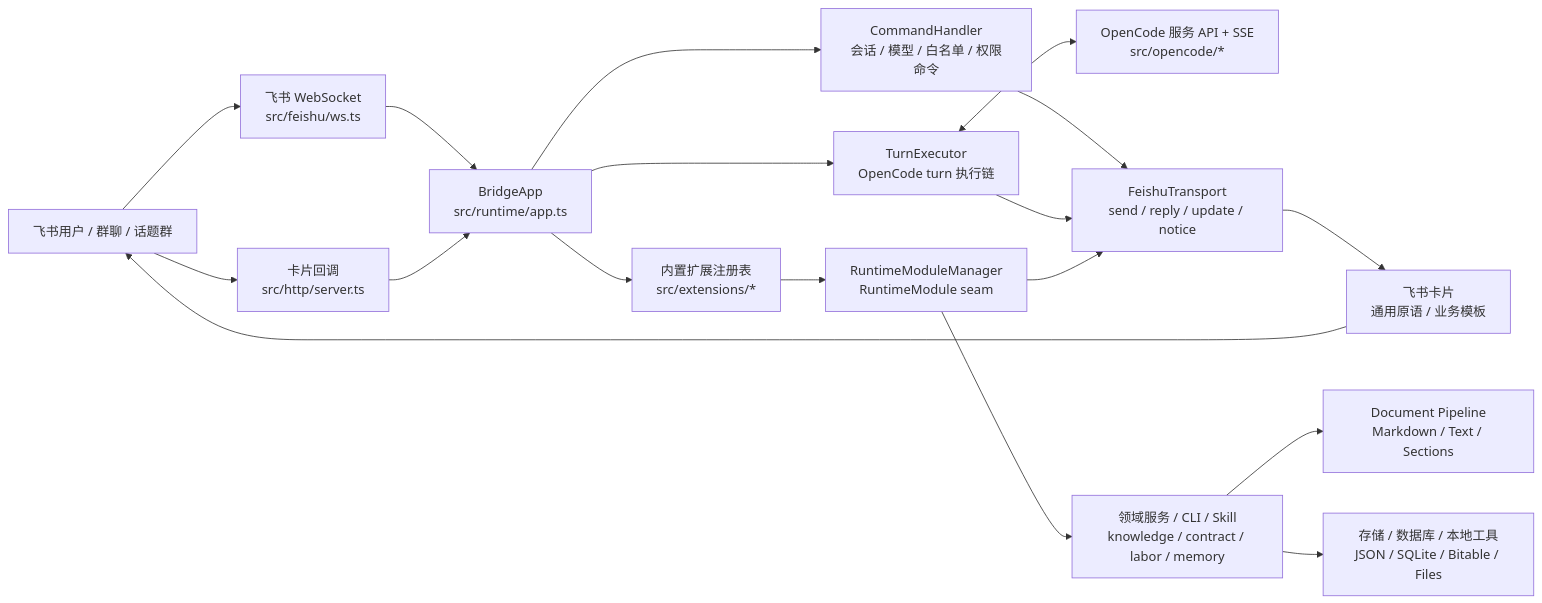
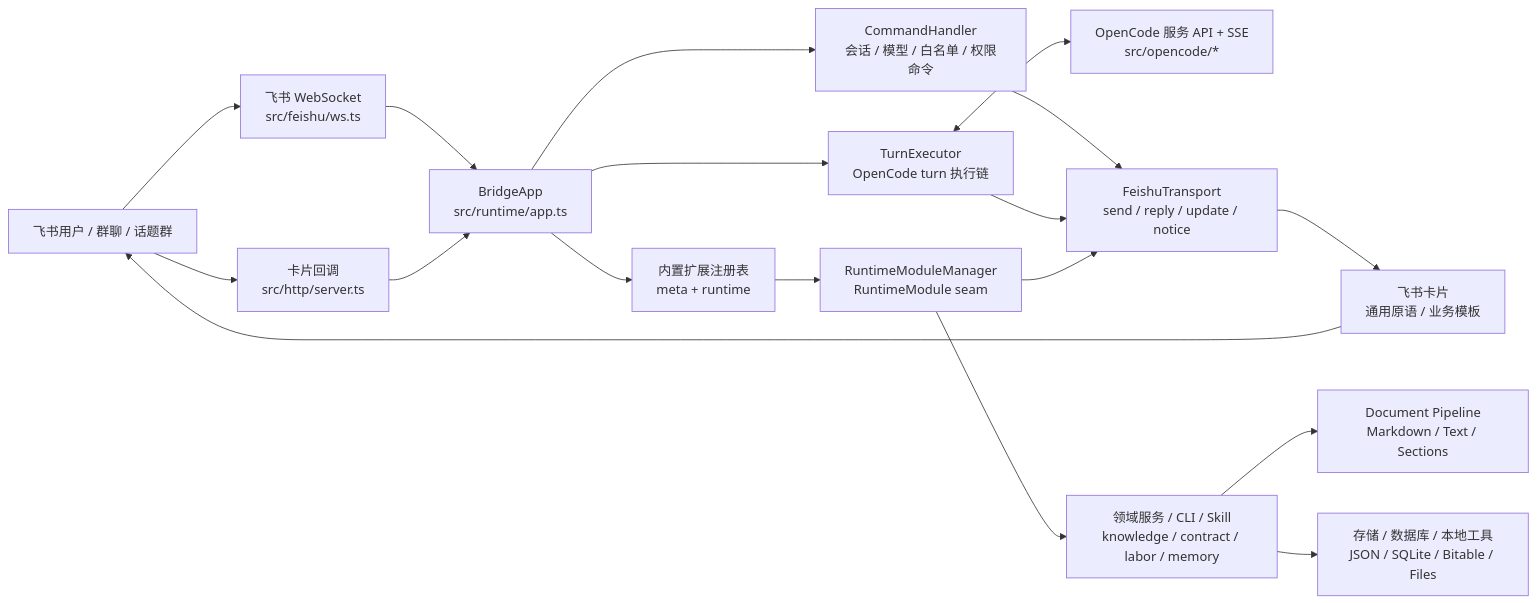
Before and after one commit to Clukay-Fun/feishu-opencode-bridge: the first of 2 diagrams in README.md, drawn with Mermaid. The commit also changed other lines of this file and 29 other files, not shown here.

````diff
--- a/README.md
+++ b/README.md
@@ -61,24 +61,24 @@
 ```mermaid
 flowchart LR
     user["飞书用户 / 群聊 / 话题群"] --> ws["飞书 WebSocket<br/>src/feishu/ws.ts"]
     user --> callback["卡片回调<br/>src/http/server.ts"]
 
     ws --> app["BridgeApp<br/>src/runtime/app.ts"]
     callback --> app
 
     app --> command["CommandHandler<br/>会话 / 模型 / 白名单 / 权限命令"]
     app --> executor["TurnExecutor<br/>OpenCode turn 执行链"]
-    app --> extensions["内置扩展注册表<br/>src/extensions/*"]
+    app --> extensions["内置扩展注册表<br/>meta + runtime"]
     extensions --> modules["RuntimeModuleManager<br/>RuntimeModule seam"]
 
     executor <--> opencode["OpenCode 服务 API + SSE<br/>src/opencode/*"]
     modules --> services["领域服务 / CLI / Skill<br/>knowledge / contract / labor / memory"]
     services --> pipeline["Document Pipeline<br/>Markdown / Text / Sections"]
     services --> stores["存储 / 数据库 / 本地工具<br/>JSON / SQLite / Bitable / Files"]
 
     command --> transport["FeishuTransport<br/>send / reply / update / notice"]
     executor --> transport
     modules --> transport
     transport --> cards["飞书卡片<br/>通用原语 / 业务模板"]
     cards --> user
 ```
````
